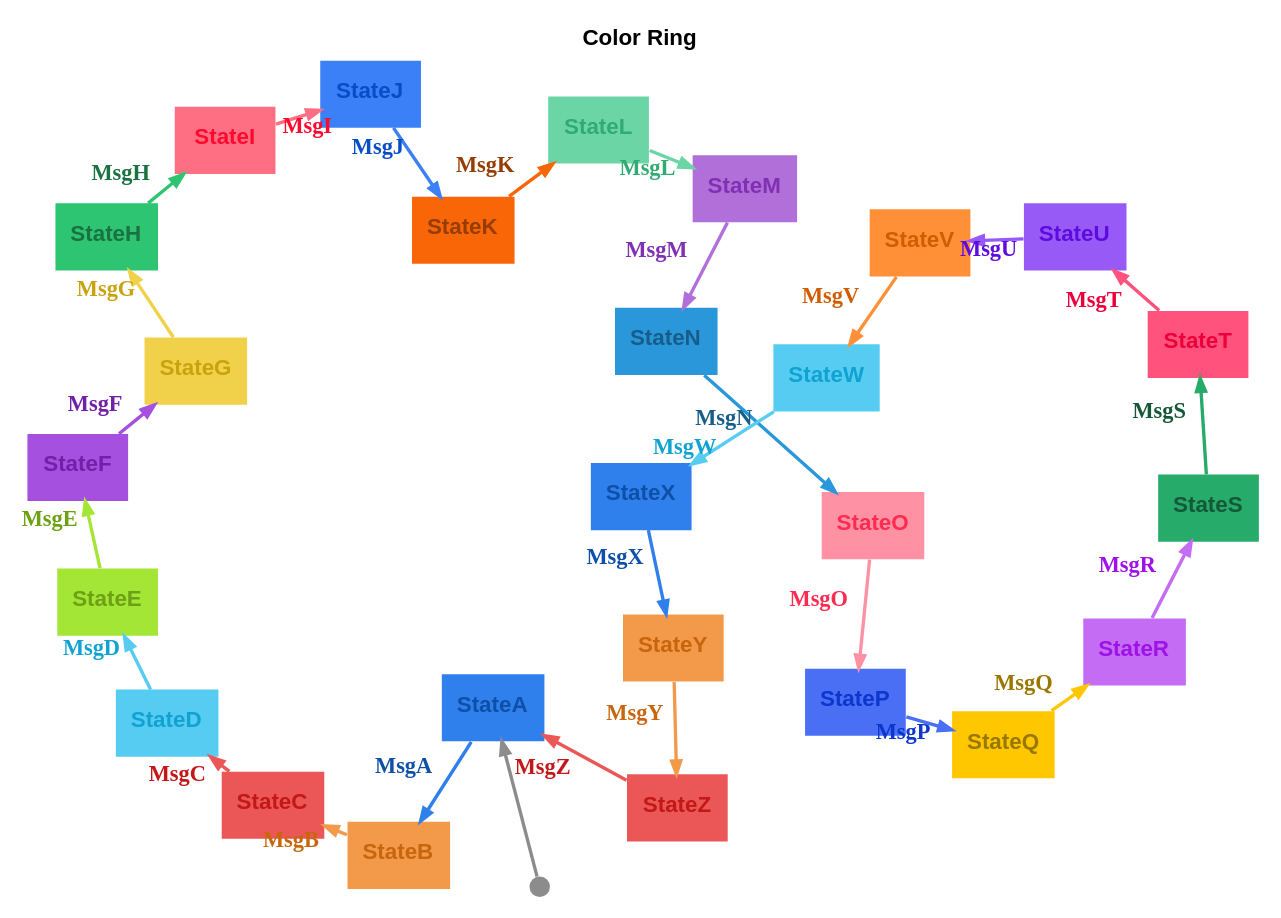
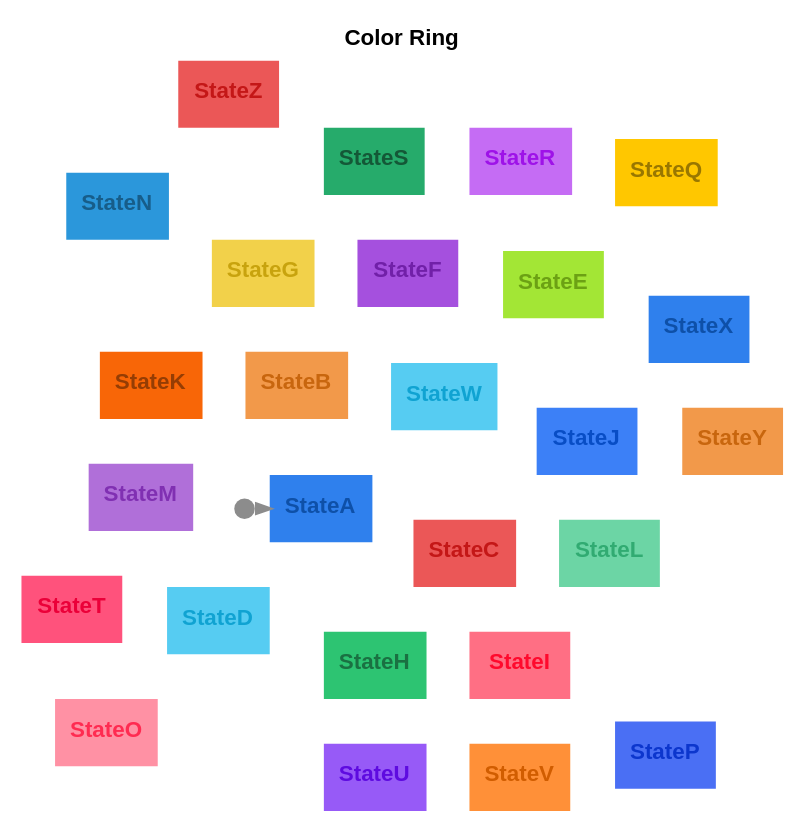
One commit to m-bock/purescript-transit changed the diagram in graphs/color-ring.dot. Above: the diagram before and after it, drawn with Graphviz. The commit also changed 17 other files, not shown here.

```diff
--- a/graphs/color-ring.dot
+++ b/graphs/color-ring.dot
@@ -1,59 +1,33 @@
 digraph 
 {
 rankdir = "TD";fontname = "Arial";label = <<b>Color Ring</b>>;labelloc = "t";fontsize = 12
 graph [layout=sfdp;overlap=false, K=2.5, repulsiveforce=4, splines=true];
 StateA [shape = "box", label = <<b>StateA</b>>, fontsize = 12, style = "filled", fillcolor = "#2f80ed", fontcolor = "#0e50a8", fontname = "Arial", labelloc = "c", penwidth = 0.0]
 __Start__ [shape = "circle", label = "", width = 0.15, height = 0.15, fixedsize = true, style = "filled", fillcolor = "#8c8c8c", penwidth = 0.0]
 __Start__ -> StateA [color = "#8c8c8c", fontsize = 12, arrowsize = "0.7", penwidth = 1.8]
-StateA -> StateB [color = "#2f80ed", fontcolor = "#0e50a8", fontsize = 12, arrowsize = "0.7", label = <<b>MsgA</b>>, penwidth = 1.8]
 StateB [shape = "box", label = <<b>StateB</b>>, fontsize = 12, style = "filled", fillcolor = "#f2994a", fontcolor = "#c8660e", fontname = "Arial", labelloc = "c", penwidth = 0.0]
-StateB -> StateC [color = "#f2994a", fontcolor = "#c8660e", fontsize = 12, arrowsize = "0.7", label = <<b>MsgB</b>>, penwidth = 1.8]
 StateC [shape = "box", label = <<b>StateC</b>>, fontsize = 12, style = "filled", fillcolor = "#eb5757", fontcolor = "#c41717", fontname = "Arial", labelloc = "c", penwidth = 0.0]
-StateC -> StateD [color = "#eb5757", fontcolor = "#c41717", fontsize = 12, arrowsize = "0.7", label = <<b>MsgC</b>>, penwidth = 1.8]
 StateD [shape = "box", label = <<b>StateD</b>>, fontsize = 12, style = "filled", fillcolor = "#56ccf2", fontcolor = "#10a3d2", fontname = "Arial", labelloc = "c", penwidth = 0.0]
-StateD -> StateE [color = "#56ccf2", fontcolor = "#10a3d2", fontsize = 12, arrowsize = "0.7", label = <<b>MsgD</b>>, penwidth = 1.8]
 StateE [shape = "box", label = <<b>StateE</b>>, fontsize = 12, style = "filled", fillcolor = "#a3e635", fontcolor = "#6ca114", fontname = "Arial", labelloc = "c", penwidth = 0.0]
-StateE -> StateF [color = "#a3e635", fontcolor = "#6ca114", fontsize = 12, arrowsize = "0.7", label = <<b>MsgE</b>>, penwidth = 1.8]
 StateF [shape = "box", label = <<b>StateF</b>>, fontsize = 12, style = "filled", fillcolor = "#a550de", fontcolor = "#7120a8", fontname = "Arial", labelloc = "c", penwidth = 0.0]
-StateF -> StateG [color = "#a550de", fontcolor = "#7120a8", fontsize = 12, arrowsize = "0.7", label = <<b>MsgF</b>>, penwidth = 1.8]
 StateG [shape = "box", label = <<b>StateG</b>>, fontsize = 12, style = "filled", fillcolor = "#f2d14a", fontcolor = "#c8a30e", fontname = "Arial", labelloc = "c", penwidth = 0.0]
-StateG -> StateH [color = "#f2d14a", fontcolor = "#c8a30e", fontsize = 12, arrowsize = "0.7", label = <<b>MsgG</b>>, penwidth = 1.8]
 StateH [shape = "box", label = <<b>StateH</b>>, fontsize = 12, style = "filled", fillcolor = "#2dc472", fontcolor = "#1a7142", fontname = "Arial", labelloc = "c", penwidth = 0.0]
-StateH -> StateI [color = "#2dc472", fontcolor = "#1a7142", fontsize = 12, arrowsize = "0.7", label = <<b>MsgH</b>>, penwidth = 1.8]
 StateI [shape = "box", label = <<b>StateI</b>>, fontsize = 12, style = "filled", fillcolor = "#ff6f84", fontcolor = "#ff092d", fontname = "Arial", labelloc = "c", penwidth = 0.0]
-StateI -> StateJ [color = "#ff6f84", fontcolor = "#ff092d", fontsize = 12, arrowsize = "0.7", label = <<b>MsgI</b>>, penwidth = 1.8]
 StateJ [shape = "box", label = <<b>StateJ</b>>, fontsize = 12, style = "filled", fillcolor = "#3c80f7", fontcolor = "#084dc5", fontname = "Arial", labelloc = "c", penwidth = 0.0]
-StateJ -> StateK [color = "#3c80f7", fontcolor = "#084dc5", fontsize = 12, arrowsize = "0.7", label = <<b>MsgJ</b>>, penwidth = 1.8]
 StateK [shape = "box", label = <<b>StateK</b>>, fontsize = 12, style = "filled", fillcolor = "#f86607", fontcolor = "#953d04", fontname = "Arial", labelloc = "c", penwidth = 0.0]
-StateK -> StateL [color = "#f86607", fontcolor = "#953d04", fontsize = 12, arrowsize = "0.7", label = <<b>MsgK</b>>, penwidth = 1.8]
 StateL [shape = "box", label = <<b>StateL</b>>, fontsize = 12, style = "filled", fillcolor = "#6cd5a5", fontcolor = "#31ab72", fontname = "Arial", labelloc = "c", penwidth = 0.0]
-StateL -> StateM [color = "#6cd5a5", fontcolor = "#31ab72", fontsize = 12, arrowsize = "0.7", label = <<b>MsgL</b>>, penwidth = 1.8]
 StateM [shape = "box", label = <<b>StateM</b>>, fontsize = 12, style = "filled", fillcolor = "#b06fd9", fontcolor = "#8030b2", fontname = "Arial", labelloc = "c", penwidth = 0.0]
-StateM -> StateN [color = "#b06fd9", fontcolor = "#8030b2", fontsize = 12, arrowsize = "0.7", label = <<b>MsgM</b>>, penwidth = 1.8]
 StateN [shape = "box", label = <<b>StateN</b>>, fontsize = 12, style = "filled", fillcolor = "#2b97db", fontcolor = "#175d89", fontname = "Arial", labelloc = "c", penwidth = 0.0]
-StateN -> StateO [color = "#2b97db", fontcolor = "#175d89", fontsize = 12, arrowsize = "0.7", label = <<b>MsgN</b>>, penwidth = 1.8]
 StateO [shape = "box", label = <<b>StateO</b>>, fontsize = 12, style = "filled", fillcolor = "#ff91a4", fontcolor = "#ff2b51", fontname = "Arial", labelloc = "c", penwidth = 0.0]
-StateO -> StateP [color = "#ff91a4", fontcolor = "#ff2b51", fontsize = 12, arrowsize = "0.7", label = <<b>MsgO</b>>, penwidth = 1.8]
 StateP [shape = "box", label = <<b>StateP</b>>, fontsize = 12, style = "filled", fillcolor = "#4a6ff4", fontcolor = "#0c36cd", fontname = "Arial", labelloc = "c", penwidth = 0.0]
-StateP -> StateQ [color = "#4a6ff4", fontcolor = "#0c36cd", fontsize = 12, arrowsize = "0.7", label = <<b>MsgP</b>>, penwidth = 1.8]
 StateQ [shape = "box", label = <<b>StateQ</b>>, fontsize = 12, style = "filled", fillcolor = "#ffc700", fontcolor = "#997700", fontname = "Arial", labelloc = "c", penwidth = 0.0]
-StateQ -> StateR [color = "#ffc700", fontcolor = "#997700", fontsize = 12, arrowsize = "0.7", label = <<b>MsgQ</b>>, penwidth = 1.8]
 StateR [shape = "box", label = <<b>StateR</b>>, fontsize = 12, style = "filled", fillcolor = "#c56cf4", fontcolor = "#9e12e8", fontname = "Arial", labelloc = "c", penwidth = 0.0]
-StateR -> StateS [color = "#c56cf4", fontcolor = "#9e12e8", fontsize = 12, arrowsize = "0.7", label = <<b>MsgR</b>>, penwidth = 1.8]
 StateS [shape = "box", label = <<b>StateS</b>>, fontsize = 12, style = "filled", fillcolor = "#26ab6b", fontcolor = "#145837", fontname = "Arial", labelloc = "c", penwidth = 0.0]
-StateS -> StateT [color = "#26ab6b", fontcolor = "#145837", fontsize = 12, arrowsize = "0.7", label = <<b>MsgS</b>>, penwidth = 1.8]
 StateT [shape = "box", label = <<b>StateT</b>>, fontsize = 12, style = "filled", fillcolor = "#ff527c", fontcolor = "#eb0039", fontname = "Arial", labelloc = "c", penwidth = 0.0]
-StateT -> StateU [color = "#ff527c", fontcolor = "#eb0039", fontsize = 12, arrowsize = "0.7", label = <<b>MsgT</b>>, penwidth = 1.8]
 StateU [shape = "box", label = <<b>StateU</b>>, fontsize = 12, style = "filled", fillcolor = "#975af7", fontcolor = "#5e0be0", fontname = "Arial", labelloc = "c", penwidth = 0.0]
-StateU -> StateV [color = "#975af7", fontcolor = "#5e0be0", fontsize = 12, arrowsize = "0.7", label = <<b>MsgU</b>>, penwidth = 1.8]
 StateV [shape = "box", label = <<b>StateV</b>>, fontsize = 12, style = "filled", fillcolor = "#ff9038", fontcolor = "#d15d00", fontname = "Arial", labelloc = "c", penwidth = 0.0]
-StateV -> StateW [color = "#ff9038", fontcolor = "#d15d00", fontsize = 12, arrowsize = "0.7", label = <<b>MsgV</b>>, penwidth = 1.8]
 StateW [shape = "box", label = <<b>StateW</b>>, fontsize = 12, style = "filled", fillcolor = "#56ccf2", fontcolor = "#10a3d2", fontname = "Arial", labelloc = "c", penwidth = 0.0]
-StateW -> StateX [color = "#56ccf2", fontcolor = "#10a3d2", fontsize = 12, arrowsize = "0.7", label = <<b>MsgW</b>>, penwidth = 1.8]
 StateX [shape = "box", label = <<b>StateX</b>>, fontsize = 12, style = "filled", fillcolor = "#2f80ed", fontcolor = "#0e50a8", fontname = "Arial", labelloc = "c", penwidth = 0.0]
-StateX -> StateY [color = "#2f80ed", fontcolor = "#0e50a8", fontsize = 12, arrowsize = "0.7", label = <<b>MsgX</b>>, penwidth = 1.8]
 StateY [shape = "box", label = <<b>StateY</b>>, fontsize = 12, style = "filled", fillcolor = "#f2994a", fontcolor = "#c8660e", fontname = "Arial", labelloc = "c", penwidth = 0.0]
-StateY -> StateZ [color = "#f2994a", fontcolor = "#c8660e", fontsize = 12, arrowsize = "0.7", label = <<b>MsgY</b>>, penwidth = 1.8]
 StateZ [shape = "box", label = <<b>StateZ</b>>, fontsize = 12, style = "filled", fillcolor = "#eb5757", fontcolor = "#c41717", fontname = "Arial", labelloc = "c", penwidth = 0.0]
-StateZ -> StateA [color = "#eb5757", fontcolor = "#c41717", fontsize = 12, arrowsize = "0.7", label = <<b>MsgZ</b>>, penwidth = 1.8]
 }
```
